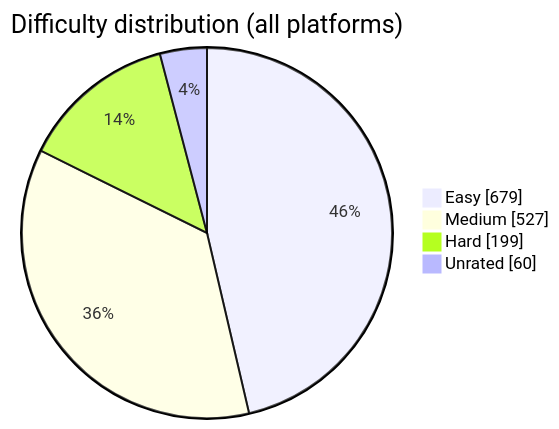
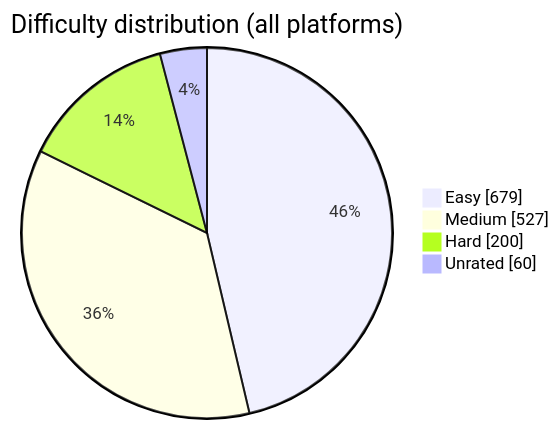
Before and after one commit to BuildbyArindam/Daily-Coding-Log: the diagram in README.md, drawn with Mermaid. The commit also changed other lines of this file, not shown here.

````diff
--- a/README.md
+++ b/README.md
@@ -93,7 +93,7 @@
 ```mermaid
 pie showData title Difficulty distribution (all platforms)
     "Easy" : 679
     "Medium" : 527
-    "Hard" : 199
+    "Hard" : 200
     "Unrated" : 60
 ```
````
